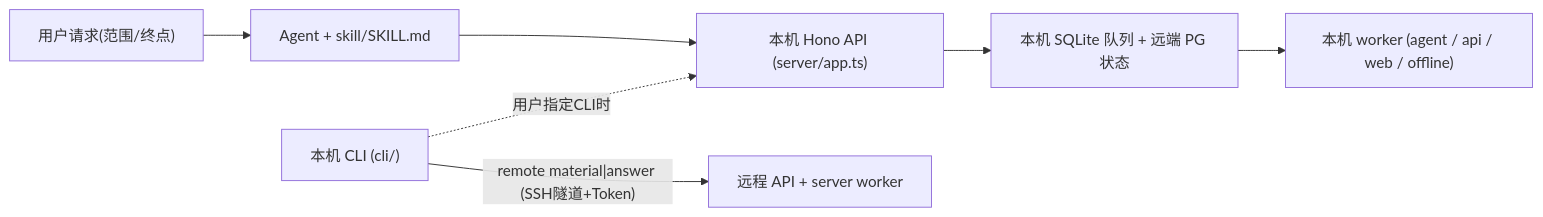
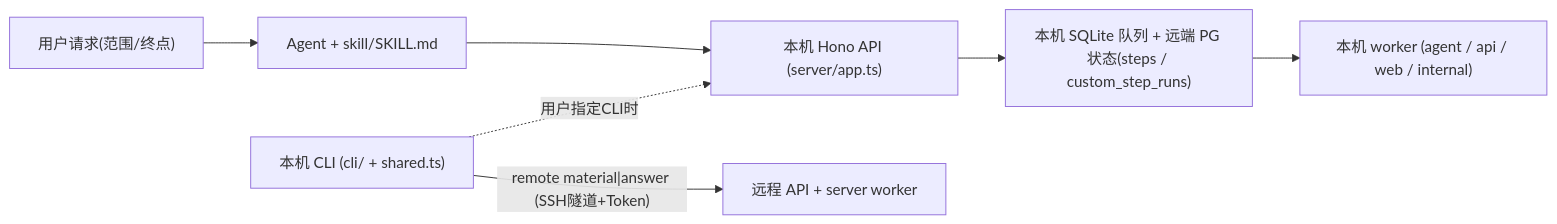
The diagram in skill/ARCHITECTURE.md (oushihao08/ai-distill), drawn with Mermaid before and after one commit. The commit also changed other lines of this file and 101 other files, not shown here.

````diff
--- a/skill/ARCHITECTURE.md
+++ b/skill/ARCHITECTURE.md
@@ -5,9 +5,9 @@
 ```mermaid
 flowchart LR
   U["用户请求(范围/终点)"] --> C["Agent + skill/SKILL.md"]
   C --> A["本机 Hono API (server/app.ts)"]
-  L["本机 CLI (cli/)"] -. "用户指定CLI时" .-> A
-  A --> Q["本机 SQLite 队列 + 远端 PG 状态"]
-  Q --> W["本机 worker (agent / api / web / offline)"]
+  L["本机 CLI (cli/ + shared.ts)"] -. "用户指定CLI时" .-> A
+  A --> Q["本机 SQLite 队列 + 远端 PG 状态(steps / custom_step_runs)"]
+  Q --> W["本机 worker (agent / api / web / internal)"]
   L -->|"remote material|answer (SSH隧道+Token)"| RA["远程 API + server worker"]
 ```
````
